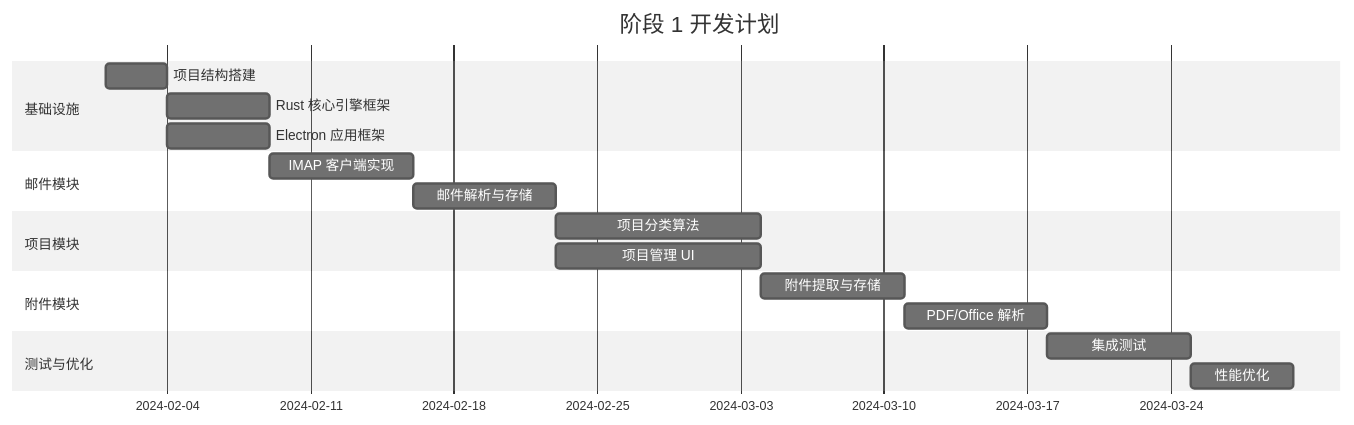
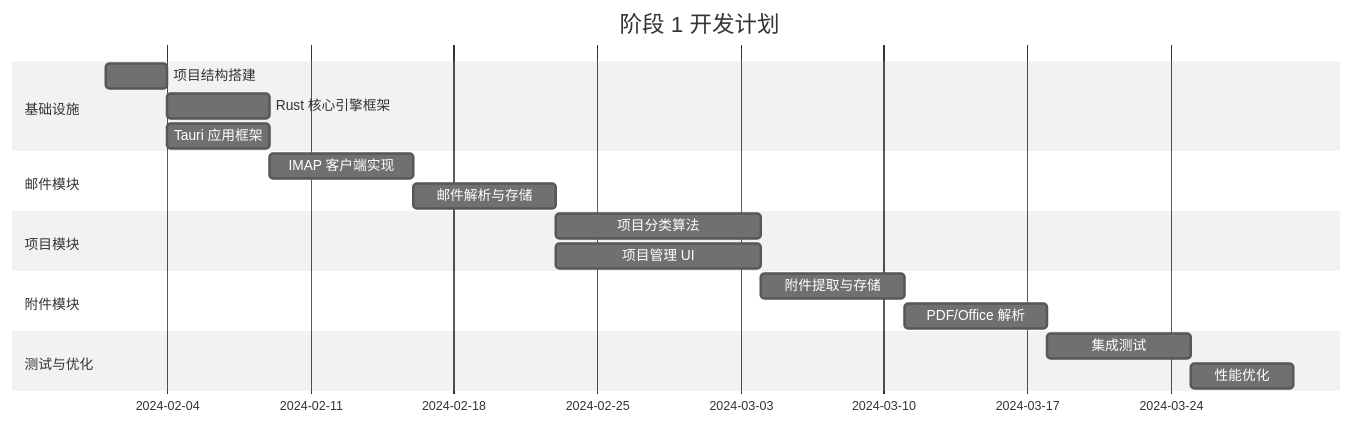
The sixth of 7 diagrams in 项目架构与技术路线设计.md (FanHeran/ThreadLine), drawn with Mermaid (neutral theme) before and after one commit. The commit also changed other lines of this file and 11 other files, not shown here.

````diff
--- a/项目架构与技术路线设计.md
+++ b/项目架构与技术路线设计.md
@@ -951,25 +1469,25 @@
 ```mermaid
 gantt
     title 阶段 1 开发计划
     dateFormat  YYYY-MM-DD
     section 基础设施
     项目结构搭建           :2024-02-01, 3d
     Rust 核心引擎框架      :2024-02-04, 5d
-    Electron 应用框架      :2024-02-04, 5d
+    Tauri 应用框架         :2024-02-04, 5d
 
     section 邮件模块
     IMAP 客户端实现        :2024-02-09, 7d
     邮件解析与存储         :2024-02-16, 7d
 
     section 项目模块
     项目分类算法           :2024-02-23, 10d
     项目管理 UI            :2024-02-23, 10d
 
     section 附件模块
     附件提取与存储         :2024-03-04, 7d
     PDF/Office 解析        :2024-03-11, 7d
 
     section 测试与优化
     集成测试               :2024-03-18, 7d
     性能优化               :2024-03-25, 5d
 ```
````
